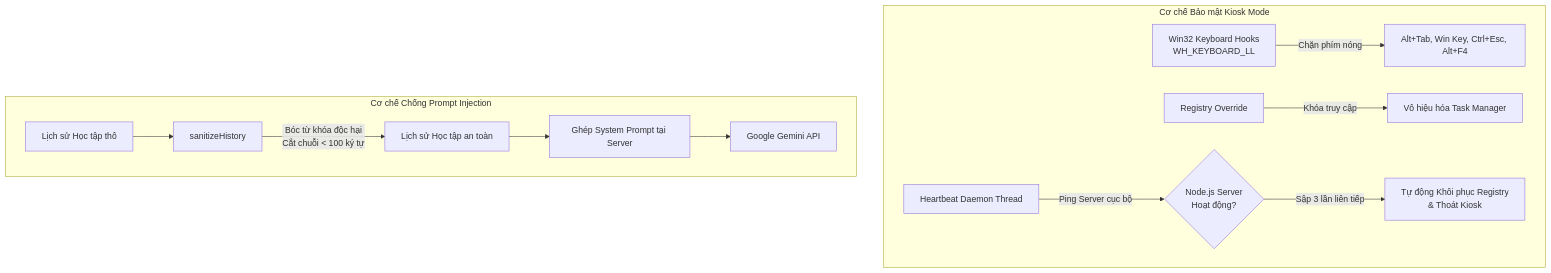
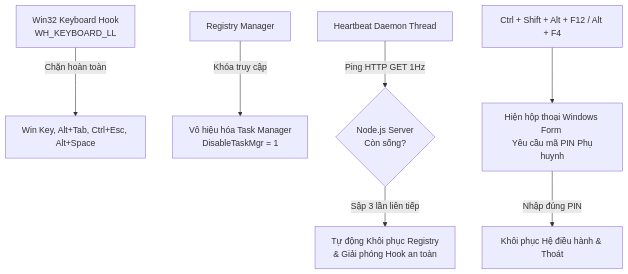
One commit to skyprotect/Hoctap changed the seventh of 8 diagrams in MASTER_SYSTEM_ARCHITECTURE.md. Above: the diagram before and after it, drawn with Mermaid. The commit also changed other lines of this file and 46 other files, not shown here.

````diff
--- a/MASTER_SYSTEM_ARCHITECTURE.md
+++ b/MASTER_SYSTEM_ARCHITECTURE.md
@@ -485,16 +685,11 @@
 ```mermaid
 graph TD
-    subgraph Kiosk_Security_Mechanism [Cơ chế Bảo mật Kiosk Mode]
-        WinHook[Win32 Keyboard Hooks <br/> WH_KEYBOARD_LL] --> |Chặn phím nóng| SystemKey[Alt+Tab, Win Key, Ctrl+Esc, Alt+F4]
-        RegistryControl[Registry Override] --> |Khóa truy cập| TaskManager[Vô hiệu hóa Task Manager]
-        HeartbeatCheck[Heartbeat Daemon Thread] --> |Ping Server cục bộ| NodeStatus{Node.js Server <br/> Hoạt động?}
-        NodeStatus --> |Sập 3 lần liên tiếp| EmergencyExit[Tự động Khôi phục Registry <br/> & Thoát Kiosk]
-    end
-
-    subgraph Prompt_Injection_Prevention [Cơ chế Chống Prompt Injection]
-        HistoryData[Lịch sử Học tập thô] --> SanitizeFunc[sanitizeHistory]
-        SanitizeFunc --> |Bóc từ khóa độc hại <br/> Cắt chuỗi < 100 ký tự| SafeHistory[Lịch sử Học tập an toàn]
-        SafeHistory --> SystemPrompt[Ghép System Prompt tại Server]
-        SystemPrompt --> GeminiAPI[Google Gemini API]
-    end
+    WinHook[Win32 Keyboard Hook <br/> WH_KEYBOARD_LL] --> |Chặn hoàn toàn| Keys[Win Key, Alt+Tab, Ctrl+Esc, Alt+Space]
+    RegistryMod[Registry Manager] --> |Khóa truy cập| TaskMgr[Vô hiệu hóa Task Manager <br/> DisableTaskMgr = 1]
+    Heartbeat[Heartbeat Daemon Thread] --> |Ping HTTP GET 1Hz| NodeCheck{Node.js Server <br/> Còn sống?}
+    
+    NodeCheck -- Sập 3 lần liên tiếp --> EmergencyExit[Tự động Khôi phục Registry <br/> & Giải phóng Hook an toàn]
+    
+    AdminKey[Ctrl + Shift + Alt + F12 / Alt + F4] --> PINModal[Hiện hộp thoại Windows Form <br/> Yêu cầu mã PIN Phụ huynh]
+    PINModal -- Nhập đúng PIN --> NormalExit[Khôi phục Hệ điều hành & Thoát]
 ```
````
